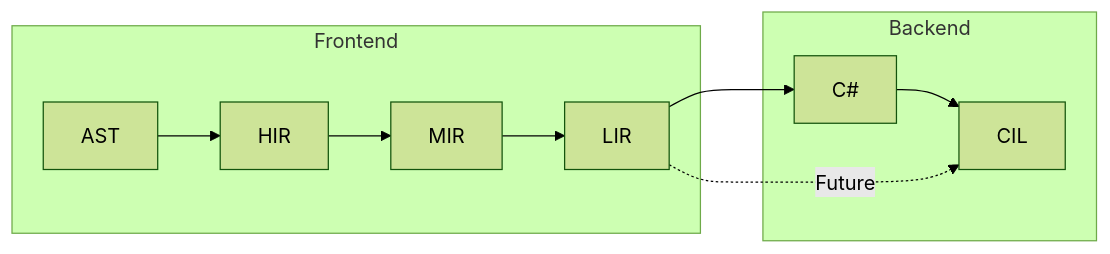
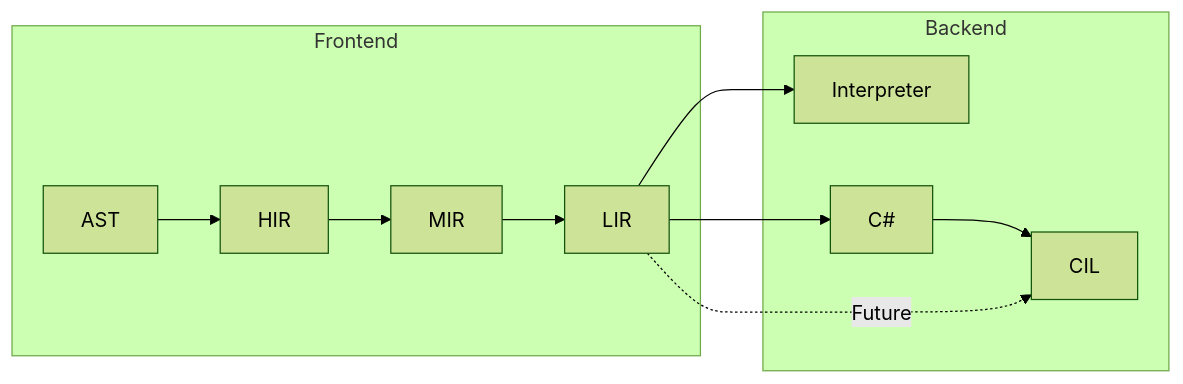
One commit to mew-lang/docs changed the diagram in docs/compiler/index.md. Above: the diagram before and after it, drawn with Mermaid (forest theme).

Commit message:
Add interpreter to compiler diagram

````diff
--- a/docs/compiler/index.md
+++ b/docs/compiler/index.md
@@ -10,13 +10,14 @@
 ```mermaid
 flowchart LR;
     subgraph Frontend
     AST-->HIR
     HIR-->MIR
     MIR-->LIR
     end
     subgraph Backend
+    LIR-->Interpreter
     LIR-->C#
     C#-->CIL
     LIR-. Future .->CIL
     end
 ```
````
